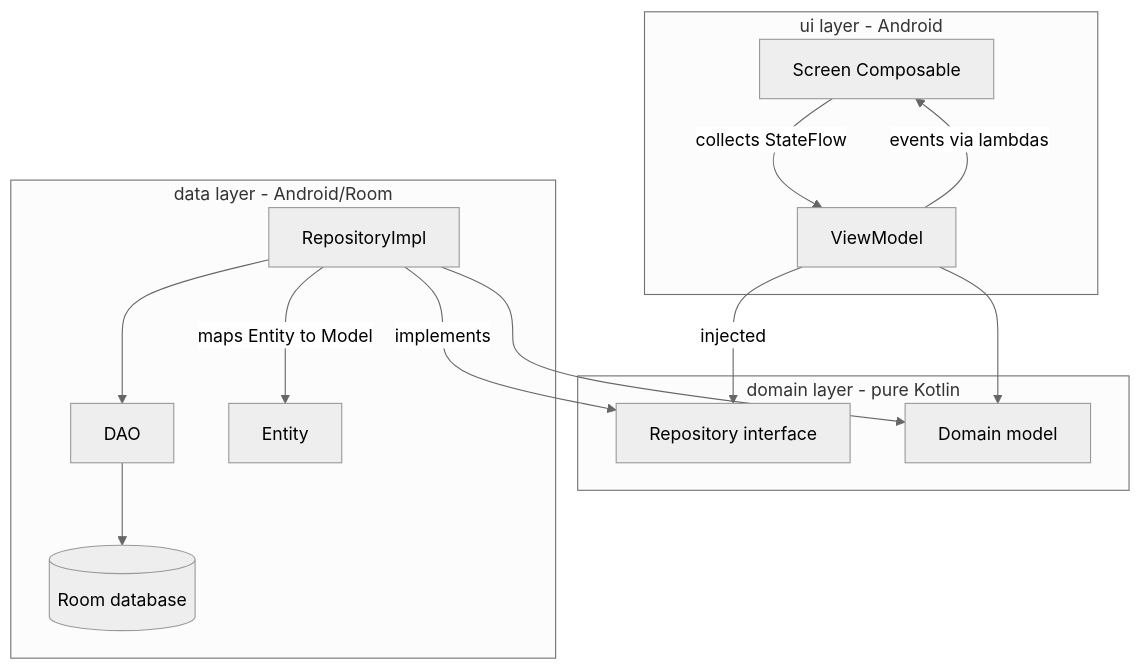
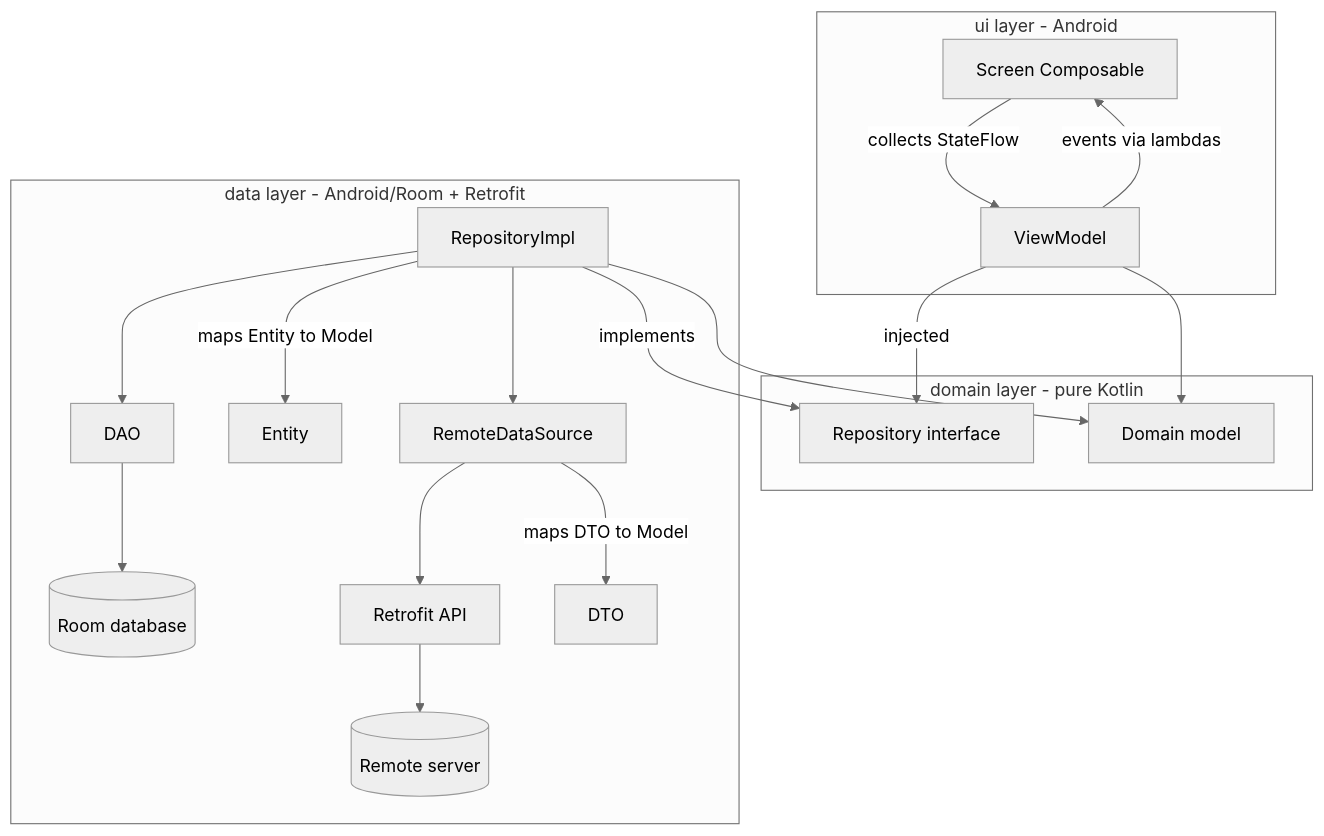
Before and after one commit to cdandgey5/SubagentPractice: the fifth of 12 diagrams in docs/ARCHITECTURE.md, drawn with Mermaid (neutral theme). The commit also changed other lines of this file and 15 other files, not shown here.

````diff
--- a/docs/ARCHITECTURE.md
+++ b/docs/ARCHITECTURE.md
@@ -111,20 +117,24 @@
 ```mermaid
 flowchart TB
     subgraph UI [ui layer - Android]
         SC[Screen Composable] -->|collects StateFlow| VM[ViewModel]
         VM -->|events via lambdas| SC
     end
     subgraph DOM [domain layer - pure Kotlin]
         REPO[Repository interface]
         MODEL[Domain model]
     end
-    subgraph DATA [data layer - Android/Room]
+    subgraph DATA [data layer - Android/Room + Retrofit]
         IMPL[RepositoryImpl] --> DAO[DAO]
         DAO --> DB[(Room database)]
         IMPL -->|maps Entity to Model| ENT[Entity]
+        IMPL --> RDS[RemoteDataSource]
+        RDS --> API[Retrofit API]
+        RDS -->|maps DTO to Model| DTO[DTO]
+        API --> NET[(Remote server)]
     end
     VM -->|injected| REPO
     IMPL -->|implements| REPO
     VM --> MODEL
     IMPL --> MODEL
 ```
````
